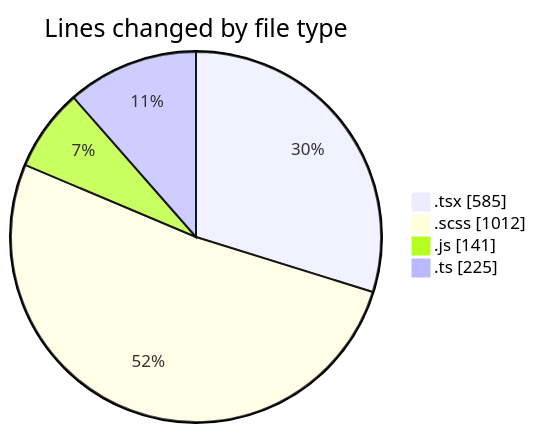
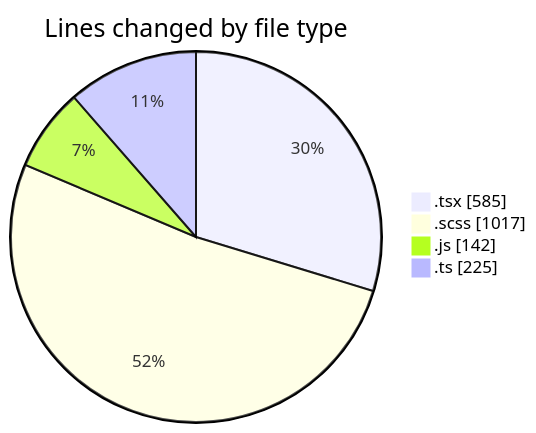
One commit to momahboobian/code-tracking changed the first of 2 diagrams in 2026-03-25/cda/README.md. Above: the diagram before and after it, drawn with Mermaid. The commit also changed other lines of this file and 1 other file, not shown here.

````diff
--- a/2026-03-25/cda/README.md
+++ b/2026-03-25/cda/README.md
@@ -23,8 +23,8 @@
 ```mermaid
 pie showData
 title Lines changed by file type
 ".tsx" : 585
-".scss" : 1012
-".js" : 141
+".scss" : 1017
+".js" : 142
 ".ts" : 225
 ```
````
